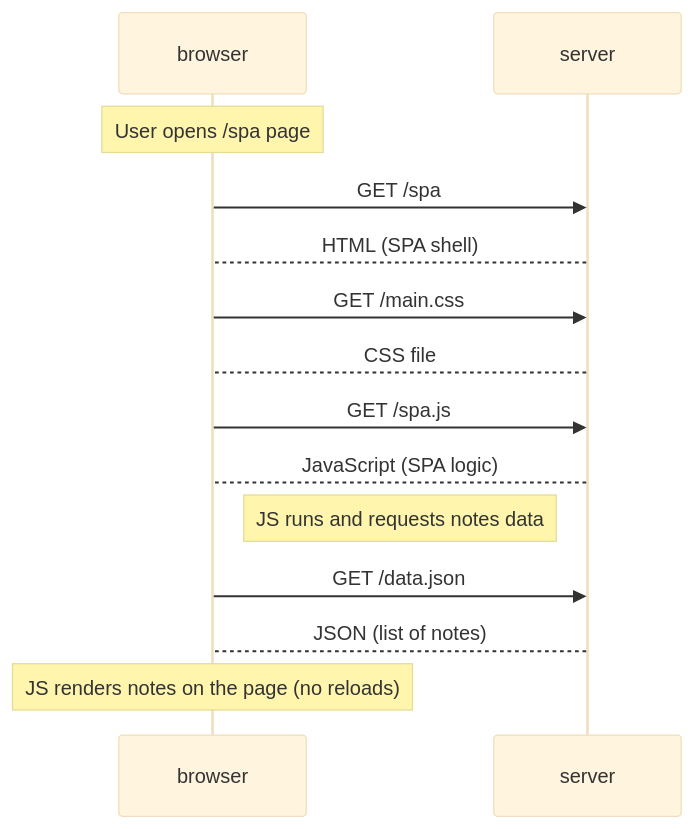
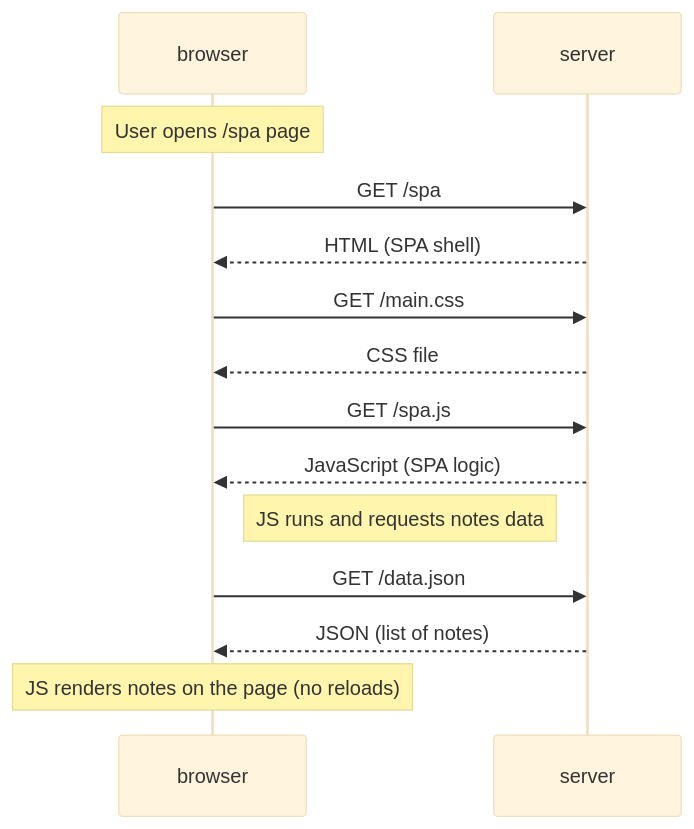
One commit to narcuri75/fullstackopen changed the diagram in Part0/0.5_single_page_app.md. Above: the diagram before and after it, drawn with Mermaid (base theme).

````diff
--- a/Part0/0.5_single_page_app.md
+++ b/Part0/0.5_single_page_app.md
@@ -1,21 +1,21 @@
 ``` mermaid
 sequenceDiagram
   participant browser
   participant server
 
 Note over browser: User opens /spa page
 browser->>server: GET /spa
-server-->browser: HTML (SPA shell)
+server-->>browser: HTML (SPA shell)
 
 browser->>server: GET /main.css
-server-->browser: CSS file
+server-->>browser: CSS file
 
 browser->>server: GET /spa.js
-server-->browser: JavaScript (SPA logic)
+server-->>browser: JavaScript (SPA logic)
 
 Note right of browser: JS runs and requests notes data
 browser->>server: GET /data.json
-server-->browser: JSON (list of notes)
+server-->>browser: JSON (list of notes)
 
 Note over browser: JS renders notes on the page (no reloads)
 ```
````
